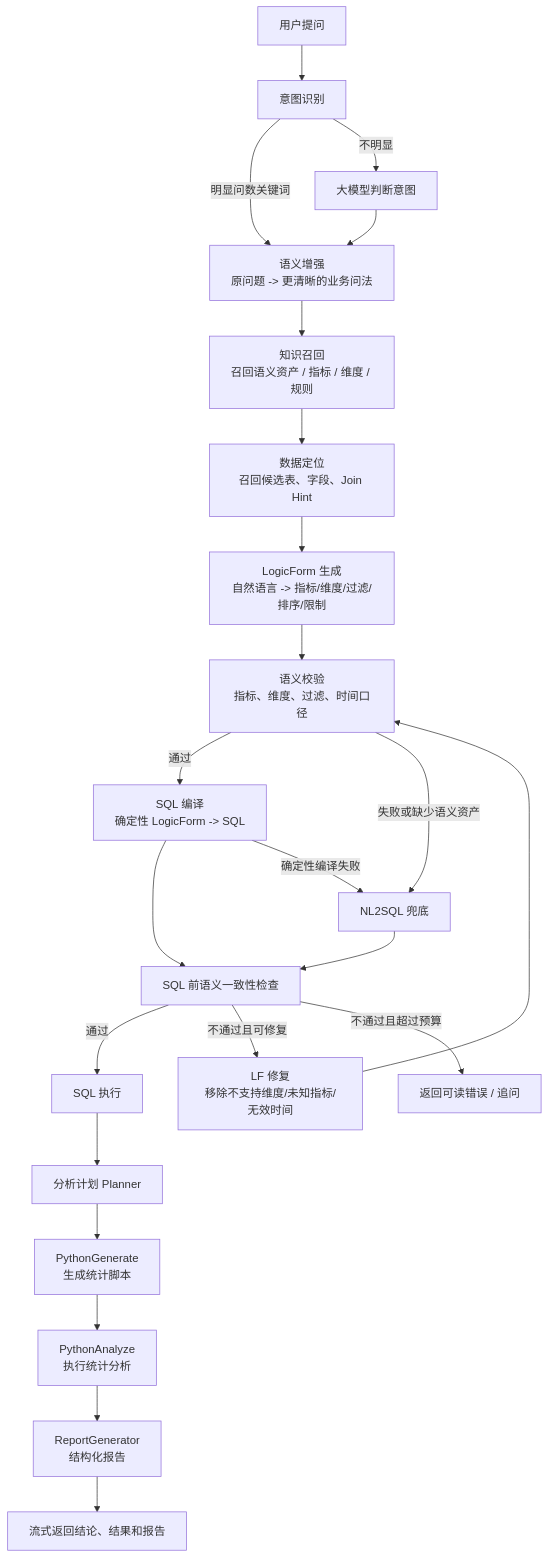
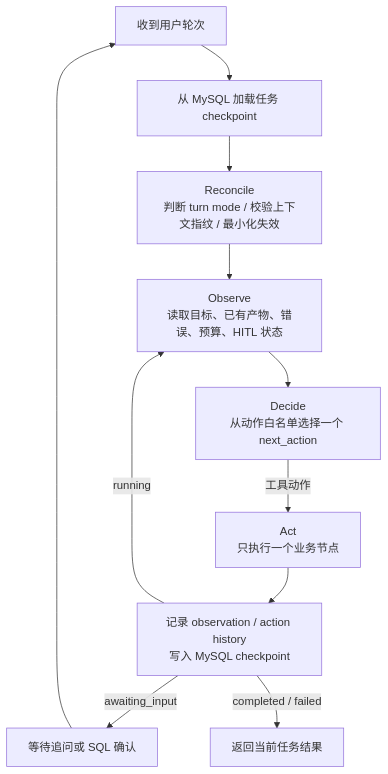
One commit to TtonyLiang/data-agent changed the third of 7 diagrams in docs/project-design.md. Above: the diagram before and after it, drawn with Mermaid. The commit also changed other lines of this file and 79 other files, not shown here.

````diff
--- a/docs/project-design.md
+++ b/docs/project-design.md
@@ -103,31 +110,13 @@
 ```mermaid
 flowchart TD
-  A["用户提问"] --> B["意图识别"]
-
-  B -->|明显问数关键词| B2["语义增强<br/>原问题 -> 更清晰的业务问法"]
-  B -->|不明显| B1["大模型判断意图"]
-  B1 --> B2
-
-  B2 --> C["知识召回<br/>召回语义资产 / 指标 / 维度 / 规则"]
-  C --> D["数据定位<br/>召回候选表、字段、Join Hint"]
-  D --> E["LogicForm 生成<br/>自然语言 -> 指标/维度/过滤/排序/限制"]
-
-  E --> F["语义校验<br/>指标、维度、过滤、时间口径"]
-  F -->|通过| G["SQL 编译<br/>确定性 LogicForm -> SQL"]
-  G --> H["SQL 前语义一致性检查"]
-
-  F -->|失败或缺少语义资产| X["NL2SQL 兜底"]
-  G -->|确定性编译失败| X
-  X --> H
-
-  H -->|通过| I["SQL 执行"]
-  H -->|不通过且可修复| R1["LF 修复<br/>移除不支持维度/未知指标/无效时间"]
-  H -->|不通过且超过预算| R["返回可读错误 / 追问"]
-  R1 --> F
-
-  I --> J["分析计划 Planner"]
-  J --> K["PythonGenerate<br/>生成统计脚本"]
-  K --> L["PythonAnalyze<br/>执行统计分析"]
-  L --> M["ReportGenerator<br/>结构化报告"]
-  M --> N["流式返回结论、结果和报告"]
+  A["收到用户轮次"] --> B["从 MySQL 加载任务 checkpoint"]
+  B --> C["Reconcile<br/>判断 turn mode / 校验上下文指纹 / 最小化失效"]
+  C --> O["Observe<br/>读取目标、已有产物、错误、预算、HITL 状态"]
+  O --> D["Decide<br/>从动作白名单选择一个 next_action"]
+  D -->|工具动作| X["Act<br/>只执行一个业务节点"]
+  X --> P["记录 observation / action history<br/>写入 MySQL checkpoint"]
+  P -->|running| O
+  P -->|awaiting_input| H["等待追问或 SQL 确认"]
+  P -->|completed / failed| Z["返回当前任务结果"]
+  H --> A
 ```
````
